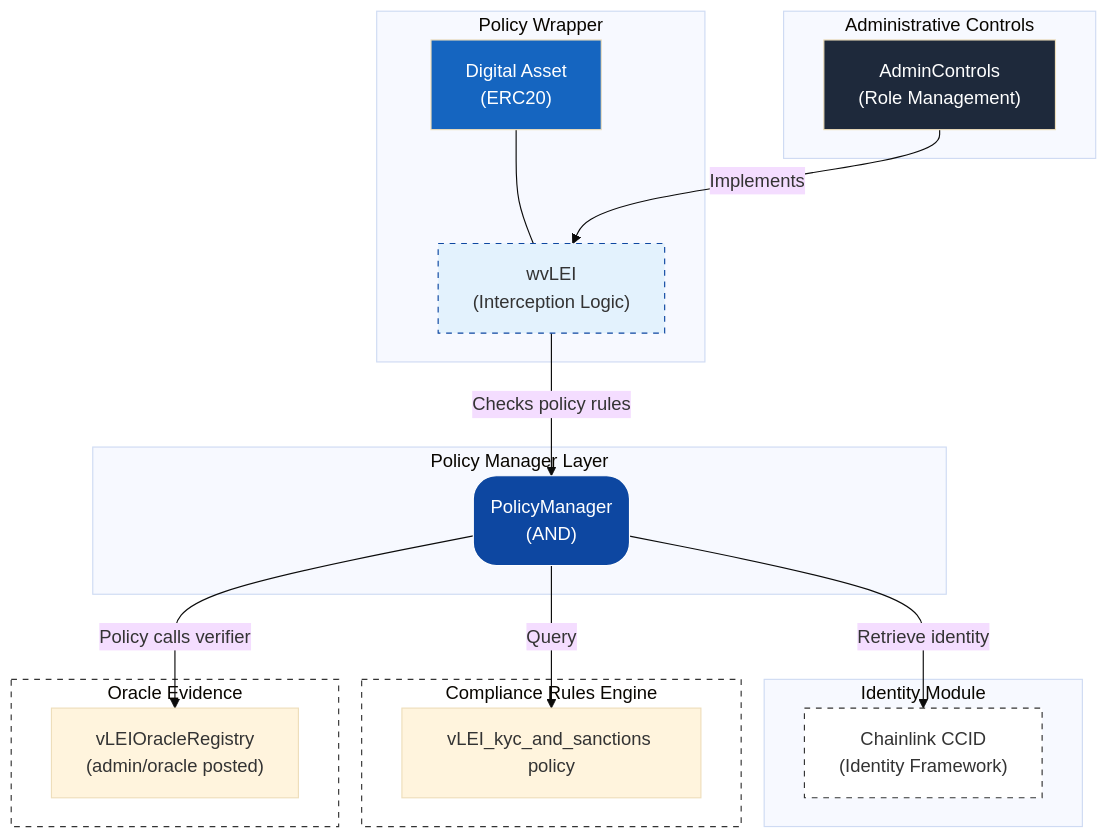
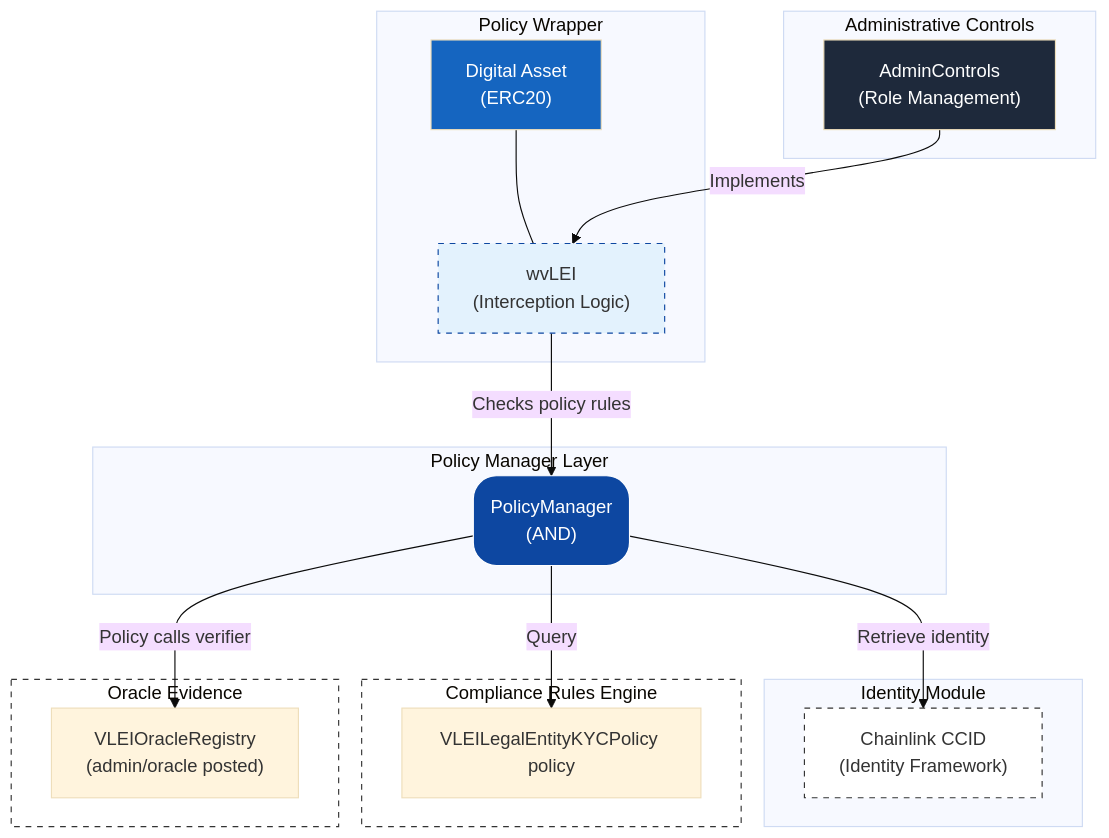
The diagram in README.md (GLEIF-IT/vlei-comply), drawn with Mermaid (base theme) before and after one commit. The commit also changed other lines of this file and 22 other files, not shown here.

````diff
--- a/README.md
+++ b/README.md
@@ -28,46 +28,46 @@
 ```mermaid
 graph TB
     subgraph "Policy Wrapper"
         Asset["Digital Asset<br/>(ERC20)"]
         Wrapper["wvLEI<br/>(Interception Logic)"]
     end
     
     subgraph "Administrative Controls"
         Admin["AdminControls<br/>(Role Management)"]
     end
     
     subgraph "Policy Manager Layer"
         PM("PolicyManager<br/>(AND)")
     end
     
     subgraph "Identity Module"
         IdFramework["Chainlink CCID<br/>(Identity Framework)"]
     end
     
     subgraph ComplianceRulesEngine["Compliance Rules Engine"]
-        Policy_vLEI["vLEI_kyc_and_sanctions policy"]
+        Policy_vLEI["VLEILegalEntityKYCPolicy policy"]
     end
     
     subgraph ExternalServices["Oracle Evidence"]
-        Service_GLEIF["vLEIOracleRegistry<br/>(admin/oracle posted)"]
+        Service_Oracle["VLEIOracleRegistry<br/>(admin/oracle posted)"]
     end
     
     %% Main Flow
     Asset --- Wrapper
     Wrapper -->|"Checks policy rules"| PM
     Admin -->|"Implements"| Wrapper
     
     %% Orchestration
     PM -->|"Retrieve identity"| IdFramework
-    PM -->|"Policy calls verifier"| Service_GLEIF
+    PM -->|"Policy calls verifier"| Service_Oracle
     PM -->|"Query"| Policy_vLEI
     
     %% Styles
     style PM fill:#0d47a1,color:#fff,stroke:#fff,shape:rect,rx:20,ry:20
     style Admin fill:#1e293b,color:#fff
     style Wrapper fill:#e3f2fd,stroke:#0d47a1,stroke-dasharray: 5 5
     style Asset fill:#1565c0,color:#fff
     style IdFramework fill:#fff,stroke:#333,stroke-dasharray: 5 5
     style ComplianceRulesEngine fill:#fff,stroke:#333,stroke-dasharray: 5 5
     style ExternalServices fill:#fff,stroke:#333,stroke-dasharray: 5 5
 ```
````
